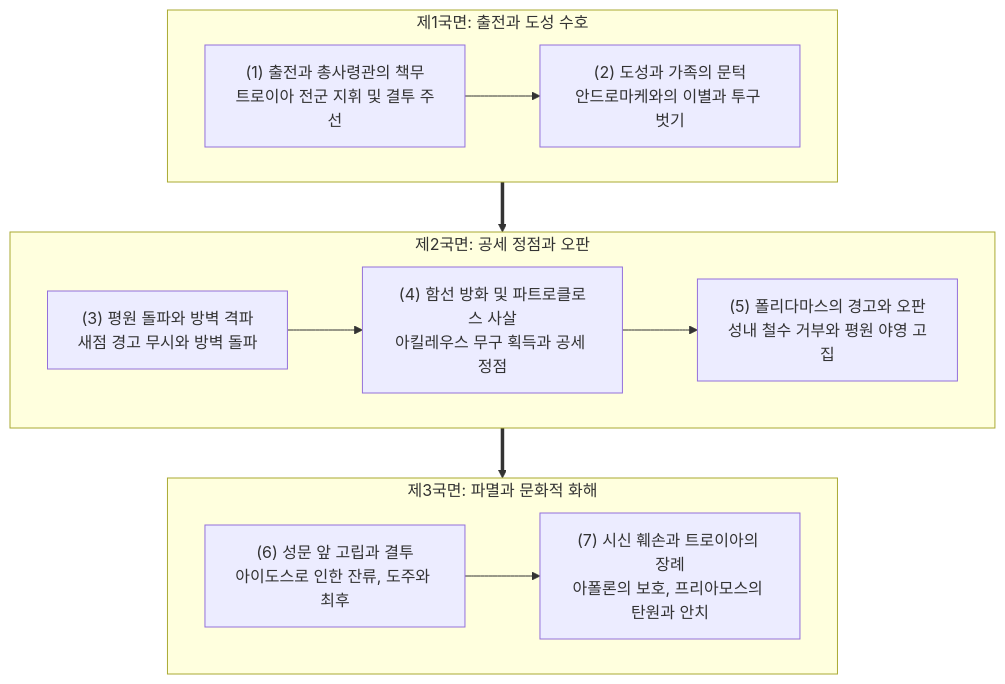
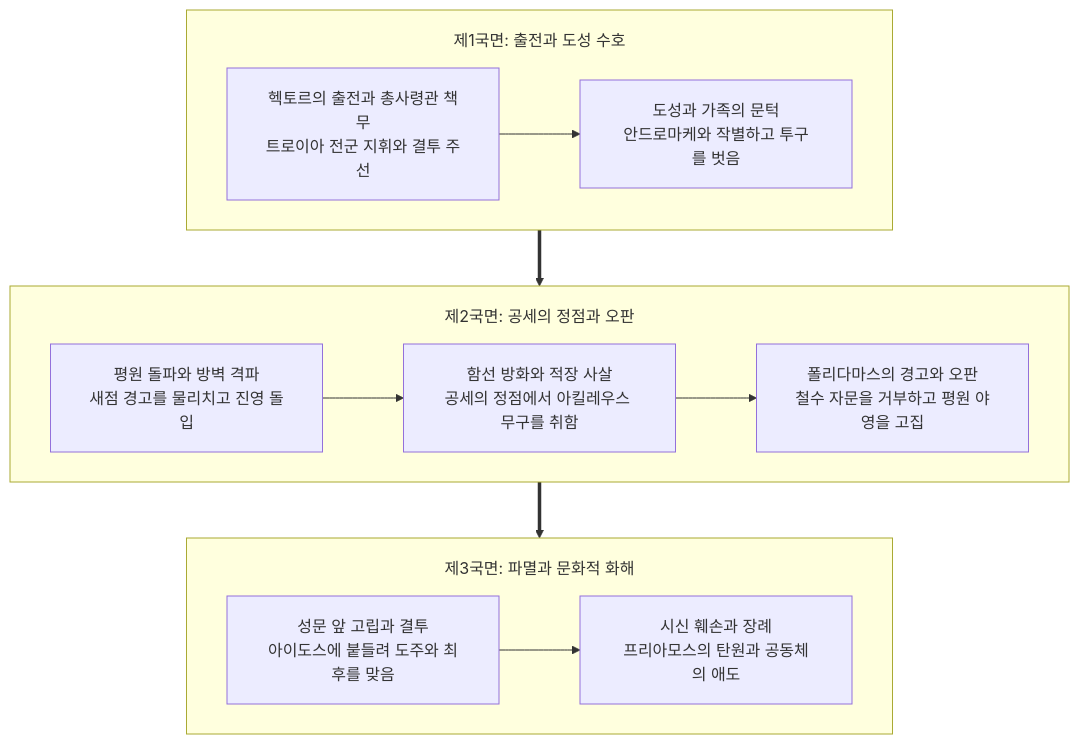
Before and after one commit to YgHnSIM/Homer_wiki: the first of 4 diagrams in wiki/entities/entity-hector.md, drawn with Mermaid. The commit also changed other lines of this file and 6 other files, not shown here.

Commit message:
refactor(entities): entity Mermaid 신규격 일괄 적용

````diff
--- a/wiki/entities/entity-hector.md
+++ b/wiki/entities/entity-hector.md
@@ -72,19 +72,20 @@
 ```mermaid
+%%{init: {'flowchart': {'useMaxWidth': true, 'nodeSpacing': 40, 'rankSpacing': 56, 'padding': 18, 'subGraphTitleMargin': {'top': 18, 'bottom': 10}}}}%%
 flowchart TD
     subgraph P1["제1국면: 출전과 도성 수호"]
         direction LR
-        A["(1) 출전과 총사령관의 책무<br/>트로이아 전군 지휘 및 결투 주선"] --> B["(2) 도성과 가족의 문턱<br/>안드로마케와의 이별과 투구 벗기"]
+        A["헥토르의 출전과 총사령관 책무<br/>트로이아 전군 지휘와 결투 주선"]:::focus --> B["도성과 가족의 문턱<br/>안드로마케와 작별하고 투구를 벗음"]
     end
 
-    subgraph P2["제2국면: 공세 정점과 오판"]
+    subgraph P2["제2국면: 공세의 정점과 오판"]
         direction LR
-        C["(3) 평원 돌파와 방벽 격파<br/>새점 경고 무시와 방벽 돌파"] --> D["(4) 함선 방화 및 파트로클로스 사살<br/>아킬레우스 무구 획득과 공세 정점"] --> E["(5) 폴리다마스의 경고와 오판<br/>성내 철수 거부와 평원 야영 고집"]
+        C["평원 돌파와 방벽 격파<br/>새점 경고를 물리치고 진영 돌입"] --> D["함선 방화와 적장 사살<br/>공세의 정점에서 아킬레우스 무구를 취함"] --> E["폴리다마스의 경고와 오판<br/>철수 자문을 거부하고 평원 야영을 고집"]:::crisis
     end
 
     subgraph P3["제3국면: 파멸과 문화적 화해"]
         direction LR
-        F["(6) 성문 앞 고립과 결투<br/>아이도스로 인한 잔류, 도주와 최후"] --> G["(7) 시신 훼손과 트로이아의 장례<br/>아폴론의 보호, 프리아모스의 탄원과 안치"]
+        F["성문 앞 고립과 결투<br/>아이도스에 붙들려 도주와 최후를 맞음"]:::crisis --> G["시신 훼손과 장례<br/>프리아모스의 탄원과 공동체의 애도"]:::resolve
     end
 
     P1 ==> P2 ==> P3
 ```
````
